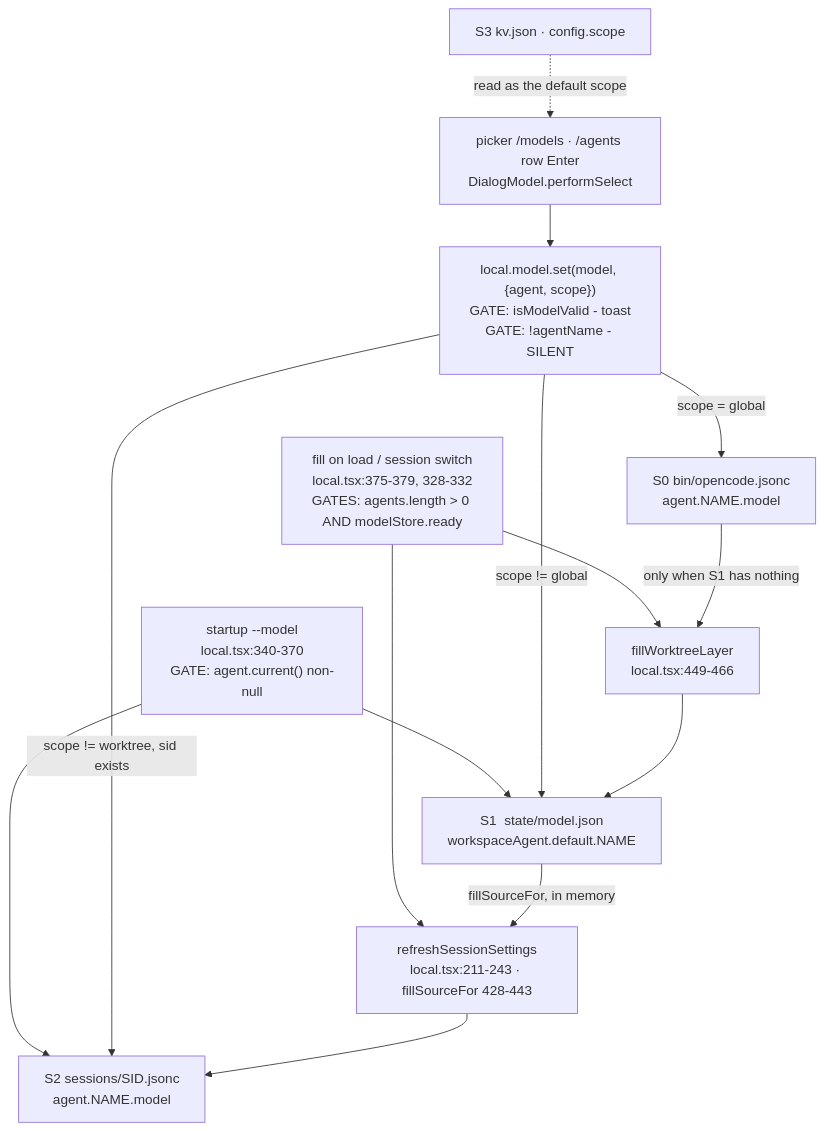
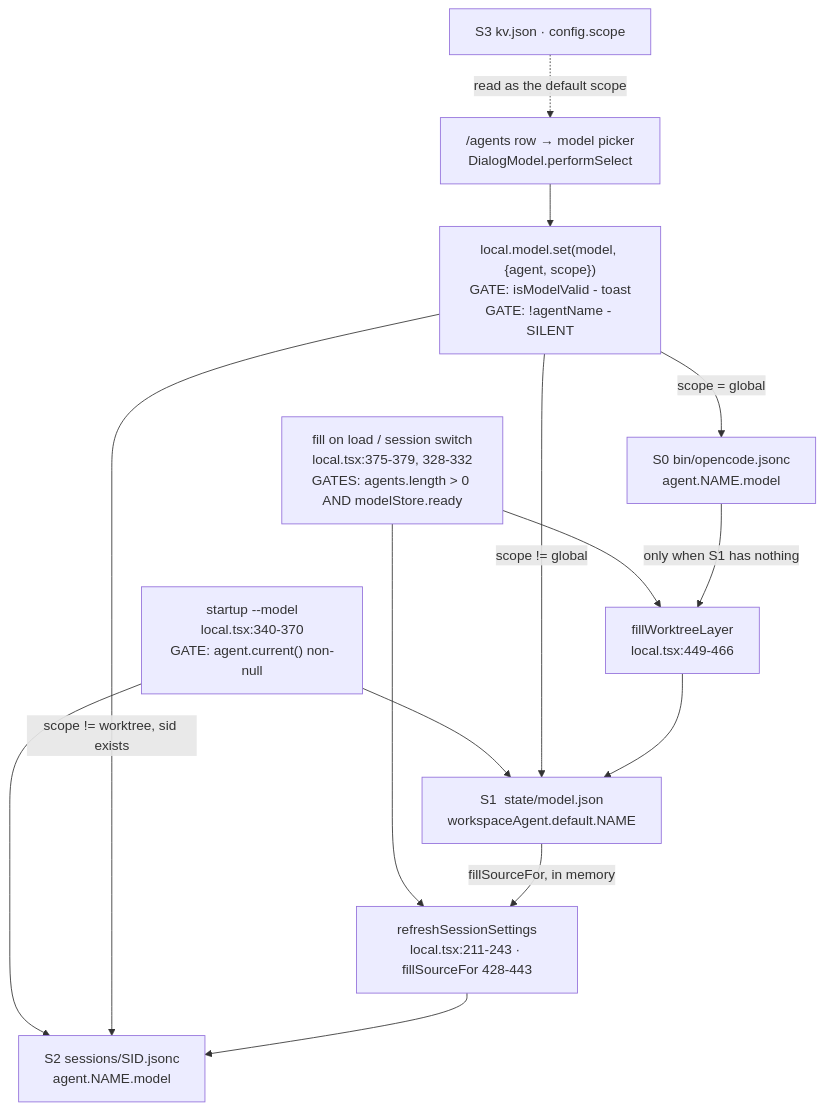
Before and after one commit to AlHeloween/opencode: the first of 2 diagrams in docs/agent-model-resolution.md, drawn with Mermaid. The commit also changed other lines of this file and 18 other files, not shown here.

````diff
--- a/docs/agent-model-resolution.md
+++ b/docs/agent-model-resolution.md
@@ -23,26 +29,26 @@
 ```mermaid
 flowchart TB
     START["startup --model<br/>local.tsx:340-370<br/>GATE: agent.current() non-null"]
-    PICK["picker /models · /agents row Enter<br/>DialogModel.performSelect"]
+    PICK["/agents row → model picker<br/>DialogModel.performSelect"]
     SET["local.model.set(model, {agent, scope})<br/>GATE: isModelValid - toast<br/>GATE: !agentName - SILENT"]
     FILL["fill on load / session switch<br/>local.tsx:375-379, 328-332<br/>GATES: agents.length > 0 AND modelStore.ready"]
     FWT["fillWorktreeLayer<br/>local.tsx:449-466"]
     RSS["refreshSessionSettings<br/>local.tsx:211-243 · fillSourceFor 428-443"]
 
     S0["S0  bin/opencode.jsonc<br/>agent.NAME.model"]
     S1["S1  state/model.json<br/>workspaceAgent.default.NAME"]
     S2["S2  sessions/SID.jsonc<br/>agent.NAME.model"]
     S3["S3  kv.json · config.scope"]
 
     START --> S1
     START --> S2
     PICK --> SET
     SET -->|"scope = global"| S0
     SET -->|"scope != global"| S1
     SET -->|"scope != worktree, sid exists"| S2
     S3 -.->|"read as the default scope"| PICK
     FILL --> FWT --> S1
     FILL --> RSS --> S2
     S1 -->|"fillSourceFor, in memory"| RSS
     S0 -->|"only when S1 has nothing"| FWT
 ```
````
